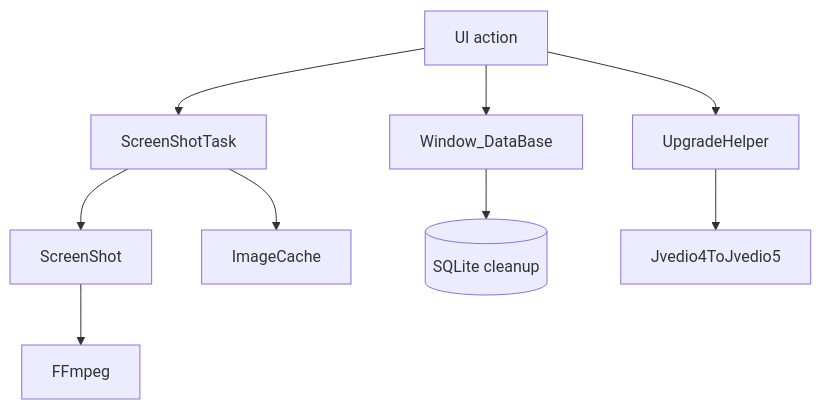
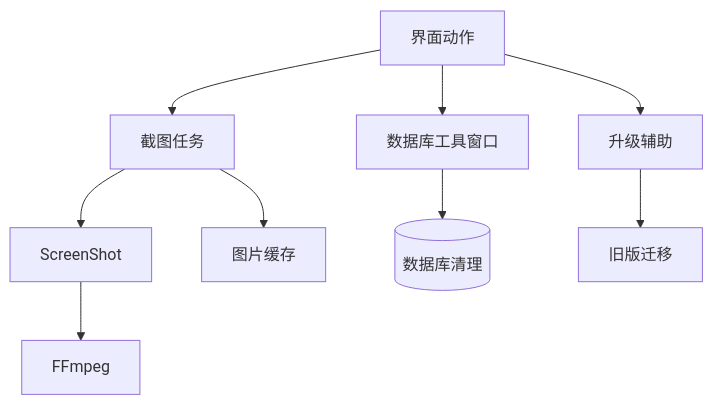
One commit to spartawhy117/Jvedio changed the diagram in doc/assets/diagrams/media-maintenance.mmd. Above: the diagram before and after it, drawn with Mermaid. The commit also changed 27 other files, not shown here.

```diff
--- a/doc/assets/diagrams/media-maintenance.mmd
+++ b/doc/assets/diagrams/media-maintenance.mmd
@@ -1,9 +1,9 @@
 flowchart TD
-    A[UI action] --> B[ScreenShotTask]
-    A --> C[Window_DataBase]
-    A --> D[UpgradeHelper]
+    A[界面动作] --> B[截图任务]
+    A --> C[数据库工具窗口]
+    A --> D[升级辅助]
     B --> E[ScreenShot]
     E --> F[FFmpeg]
-    B --> G[ImageCache]
-    C --> H[(SQLite cleanup)]
-    D --> I[Jvedio4ToJvedio5]
+    B --> G[图片缓存]
+    C --> H[(数据库清理)]
+    D --> I[旧版迁移]
```
